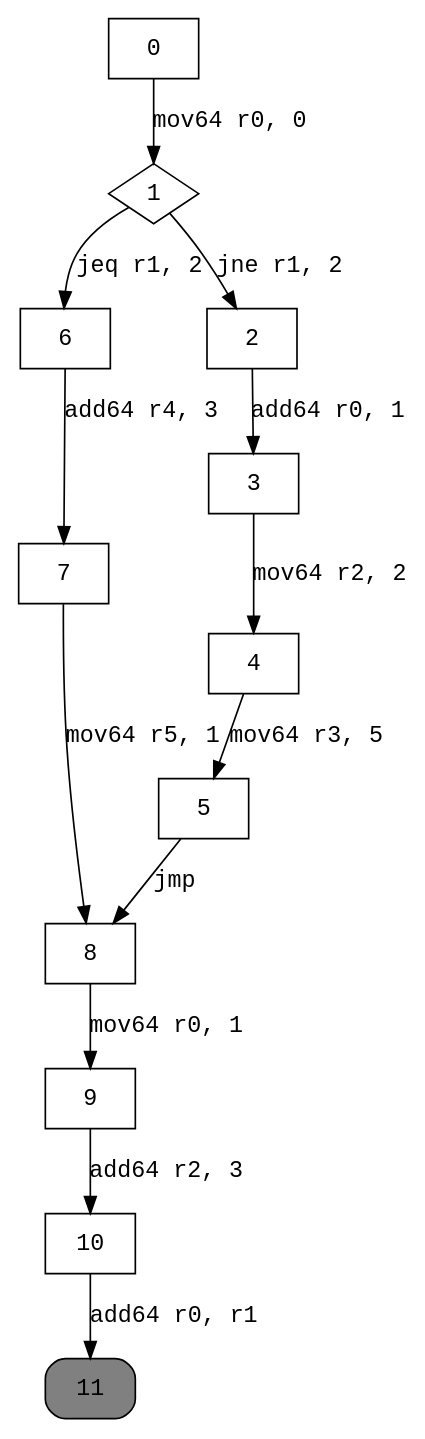
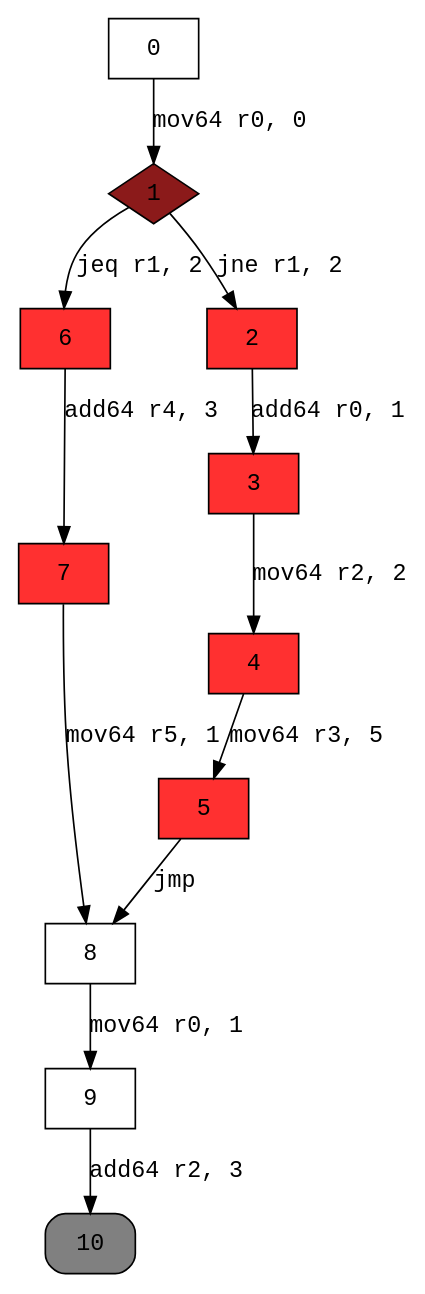
The diagram in graphs/ifStatement.dot (XicoCorreia/InformationFlowAnalysisEbpf), drawn with Graphviz before and after one commit. The commit also changed 18 other files, not shown here.

```diff
--- a/graphs/ifStatement.dot
+++ b/graphs/ifStatement.dot
@@ -1,19 +1,24 @@
 digraph cfg { 
 node [fontname="monospace"];
 node [shape=box];
 edge [fontname="monospace"];
   0 -> 1 [label="mov64 r0, 0"];
   1 -> 6 [label="jeq r1, 2"];
   1 -> 2 [label="jne r1, 2"];
   2 -> 3 [label="add64 r0, 1"];
   3 -> 4 [label="mov64 r2, 2"];
   4 -> 5 [label="mov64 r3, 5"];
   5 -> 8 [label="jmp"];
   6 -> 7 [label="add64 r4, 3"];
   7 -> 8 [label="mov64 r5, 1"];
   8 -> 9 [label="mov64 r0, 1"];
   9 -> 10 [label="add64 r2, 3"];
-  10 -> 11 [label="add64 r0, r1"];
-1 [shape=diamond];
-11 [style="rounded,filled",fillcolor=grey];
+1 [shape=diamond,style=filled,fillcolor=firebrick4];
+2 [style=filled,fillcolor=firebrick1];
+3 [style=filled,fillcolor=firebrick1];
+4 [style=filled,fillcolor=firebrick1];
+5 [style=filled,fillcolor=firebrick1];
+6 [style=filled,fillcolor=firebrick1];
+7 [style=filled,fillcolor=firebrick1];
+10 [style="rounded,filled",fillcolor=grey];
 }
```
